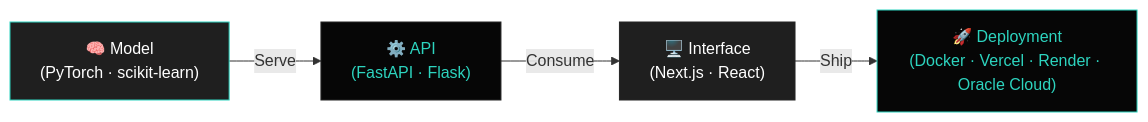
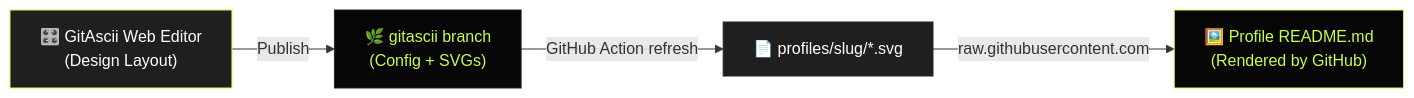
One commit to shanky-ux/shanky-ux changed the diagram in README.md. Above: the diagram before and after it, drawn with Mermaid. The commit also changed other lines of this file, not shown here.

````diff
--- a/README.md
+++ b/README.md
@@ -84,11 +85,11 @@
 ```mermaid
 flowchart LR
-    A["🧠 Model<br/>(PyTorch · scikit-learn)"] -->|"Serve"| B["⚙️ API<br/>(FastAPI · Flask)"]
-    B -->|"Consume"| C["🖥️ Interface<br/>(Next.js · React)"]
-    C -->|"Ship"| D["🚀 Deployment<br/>(Docker · Vercel · Render · Oracle Cloud)"]
+    A["🎛️ GitAscii Web Editor<br/>(Design Layout)"] -->|"Publish"| B["🌿 gitascii branch<br/>(Config + SVGs)"]
+    B -->|"GitHub Action refresh"| C["📄 profiles/slug/*.svg"]
+    C -->|"raw.githubusercontent.com"| E["🖼️ Profile README.md<br/>(Rendered by GitHub)"]
 
-    style A fill:#1f1f1f,stroke:#2DD4BF,stroke-width:1px,color:#ffffff
-    style B fill:#060606,stroke:#252525,stroke-width:1px,color:#2DD4BF
+    style A fill:#1f1f1f,stroke:#c5ff4a,stroke-width:1px,color:#ffffff
+    style B fill:#060606,stroke:#252525,stroke-width:1px,color:#c5ff4a
     style C fill:#1f1f1f,stroke:#252525,stroke-width:1px,color:#ffffff
-    style D fill:#060606,stroke:#2DD4BF,stroke-width:1px,color:#2DD4BF
+    style E fill:#060606,stroke:#c5ff4a,stroke-width:1px,color:#c5ff4a
 ```
````
